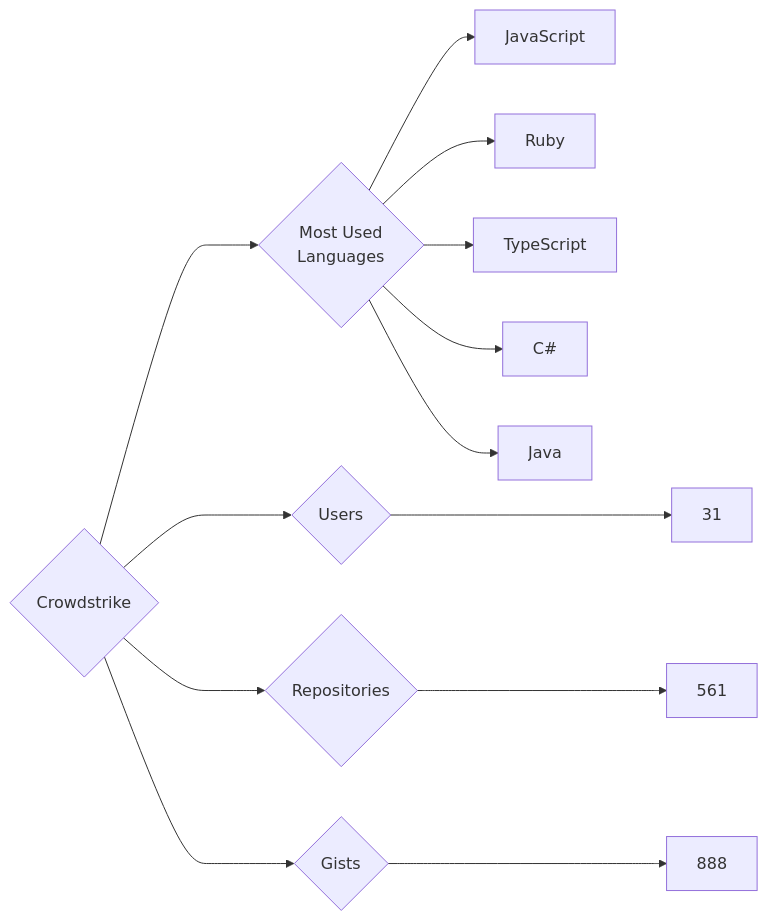
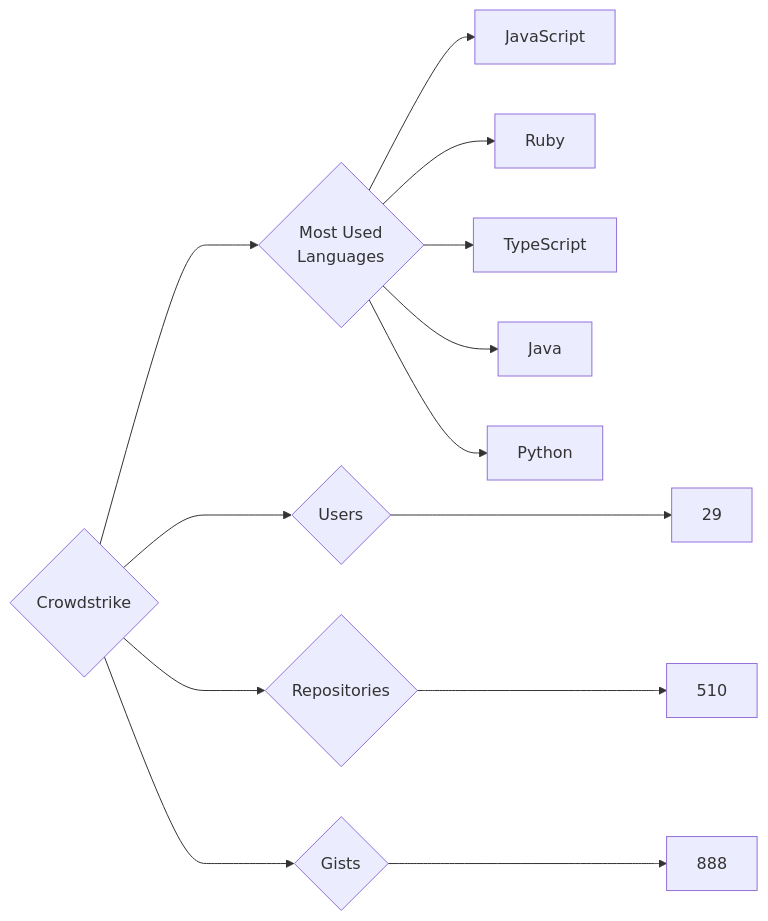
The diagram in targets/Crowdstrike/README.md (trickest/insiders), drawn with Mermaid before and after one commit. The commit also changed 545 other files, not shown here.

````diff
--- a/targets/Crowdstrike/README.md
+++ b/targets/Crowdstrike/README.md
@@ -3,13 +3,13 @@
 ```mermaid
 graph LR
 COMPANY_NAME{Crowdstrike}
-COMPANY_NAME ---> U{Users} ---> UN[31]
-COMPANY_NAME ---> R{Repositories} ---> RN[561]
+COMPANY_NAME ---> U{Users} ---> UN[29]
+COMPANY_NAME ---> R{Repositories} ---> RN[510]
 COMPANY_NAME ---> G{Gists} ---> GN[888]
 COMPANY_NAME ---> ML{Most Used<br>Languages}
 ML --> JavaScript[JavaScript]
 ML --> Ruby[Ruby]
 ML --> TypeScript[TypeScript]
-ML --> C#[C#]
 ML --> Java[Java]
+ML --> Python[Python]
 ```
````
